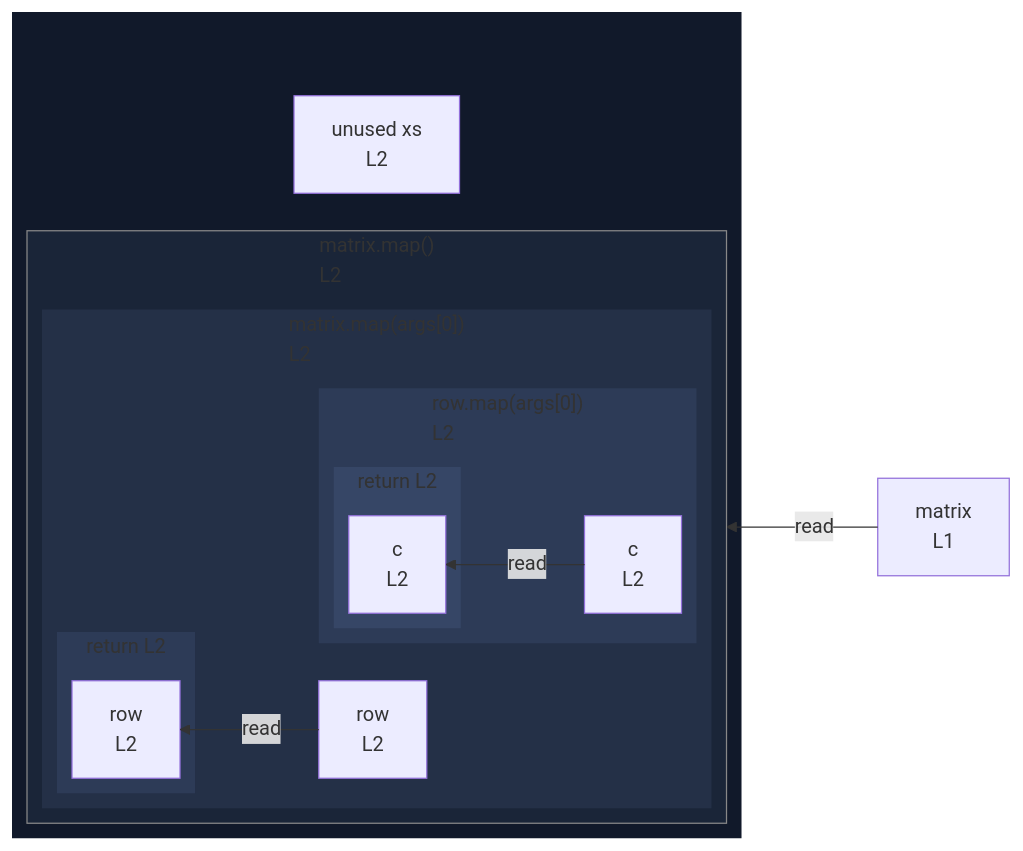
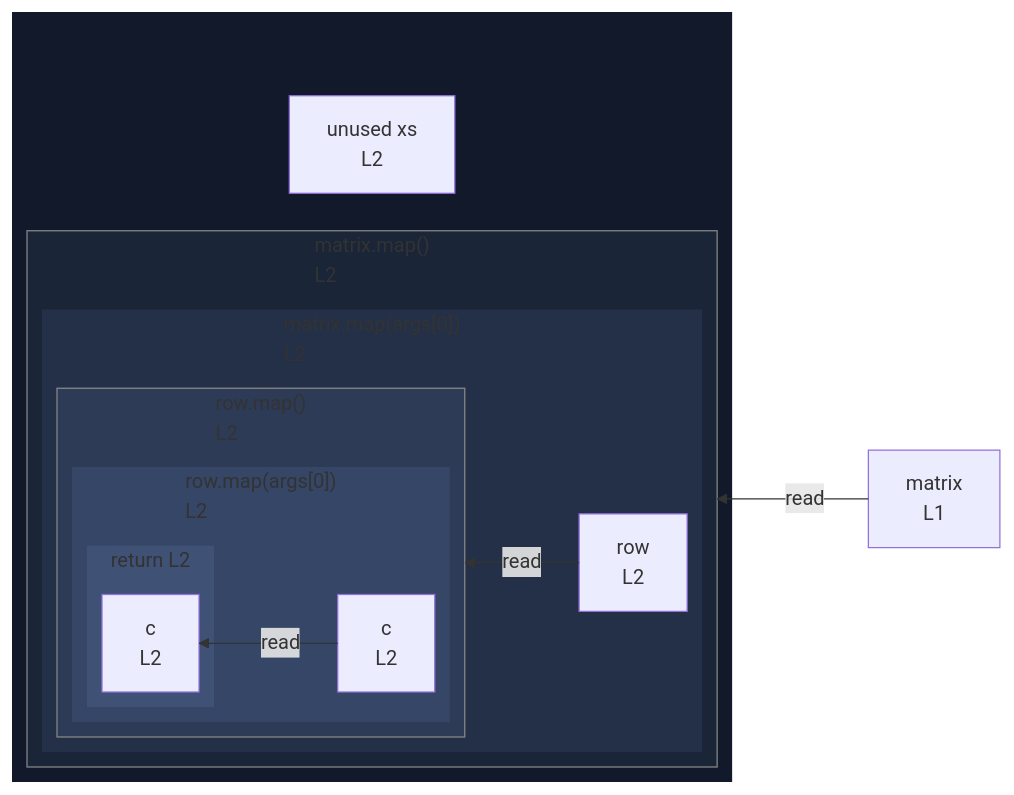
Before and after one commit to crescware/unsnarl: the diagram in integration/fixtures/callback/nested-map/preview.md, drawn with Mermaid. The commit also changed 10 other files, not shown here.

````diff
--- a/integration/fixtures/callback/nested-map/preview.md
+++ b/integration/fixtures/callback/nested-map/preview.md
@@ -12,44 +12,45 @@
 ```mermaid
 %%{init: {"flowchart": {"defaultRenderer": "elk"}}}%%
 flowchart RL
   n_scope_0_matrix_6["matrix<br/>L1"]
   subgraph wrap_call_proxy_44[" "]
     direction TB
     n_scope_0_xs_39["unused xs<br/>L2"]
     subgraph call_proxy_44["matrix.map()<br/>L2"]
       direction RL
       subgraph s_scope_1["matrix.map(args[0])<br/>L2"]
         direction RL
         n_scope_1_row_56["row<br/>L2"]
-        subgraph s_scope_2["row.map(args[0])<br/>L2"]
+        subgraph call_proxy_64["row.map()<br/>L2"]
           direction RL
-          n_scope_2_c_73["c<br/>L2"]
-          subgraph s_return_scope_2_79_84["return L2"]
+          subgraph s_scope_2["row.map(args[0])<br/>L2"]
             direction RL
-            ret_use_ref_4["c<br/>L2"]
+            n_scope_2_c_73["c<br/>L2"]
+            subgraph s_return_scope_2_79_84["return L2"]
+              direction RL
+              ret_use_ref_4["c<br/>L2"]
+            end
           end
-        end
-        subgraph s_return_scope_1_64_85["return L2"]
-          direction RL
-          ret_use_ref_3["row<br/>L2"]
         end
       end
     end
   end
   n_scope_0_matrix_6 -->|read| call_proxy_44
-  n_scope_1_row_56 -->|read| ret_use_ref_3
+  n_scope_1_row_56 -->|read| call_proxy_64
   n_scope_2_c_73 -->|read| ret_use_ref_4
   classDef nestL1 fill:#11192a,stroke:transparent;
   class wrap_call_proxy_44 nestL1;
   classDef nestL2 fill:#1a2538,stroke:transparent;
   class call_proxy_44 nestL2;
   classDef nestL3 fill:#243047,stroke:transparent;
   class s_scope_1 nestL3;
   classDef nestL4 fill:#2d3b57,stroke:transparent;
-  class s_scope_2 nestL4;
-  class s_return_scope_1_64_85 nestL4;
+  class call_proxy_64 nestL4;
   classDef nestL5 fill:#364666,stroke:transparent;
-  class s_return_scope_2_79_84 nestL5;
+  class s_scope_2 nestL5;
+  classDef nestL6 fill:#3f5175,stroke:transparent;
+  class s_return_scope_2_79_84 nestL6;
   classDef edgeTargetSubgraph stroke:#888;
   class call_proxy_44 edgeTargetSubgraph;
+  class call_proxy_64 edgeTargetSubgraph;
 ```
````
